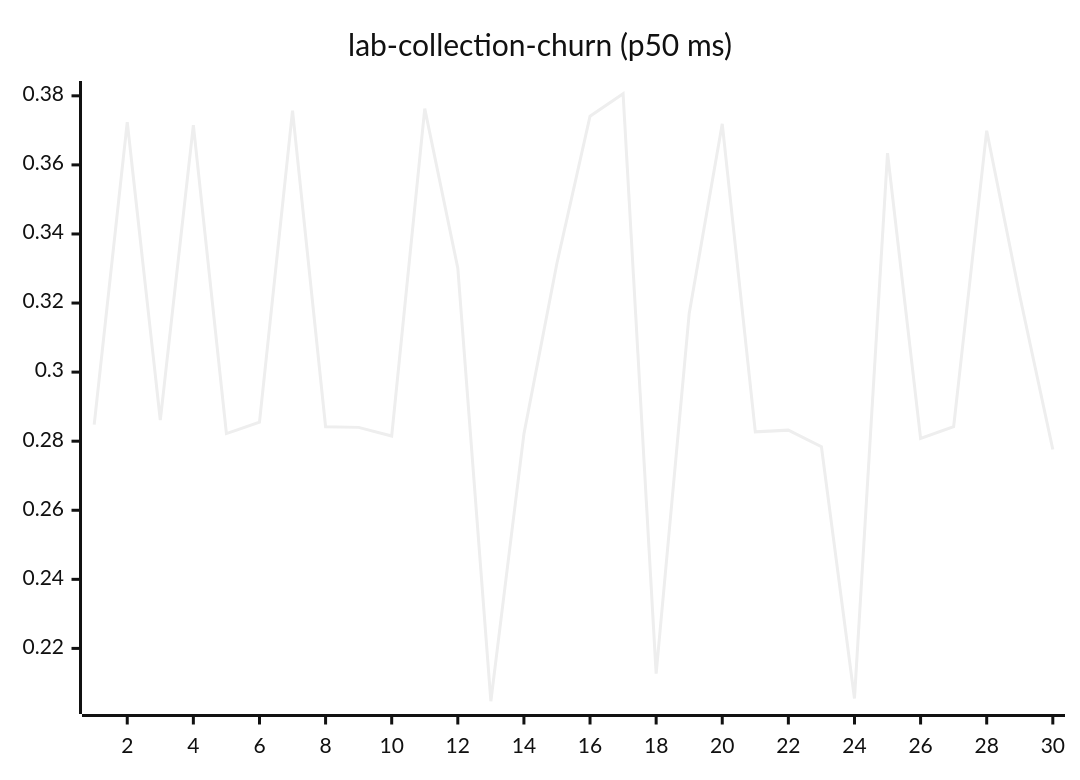
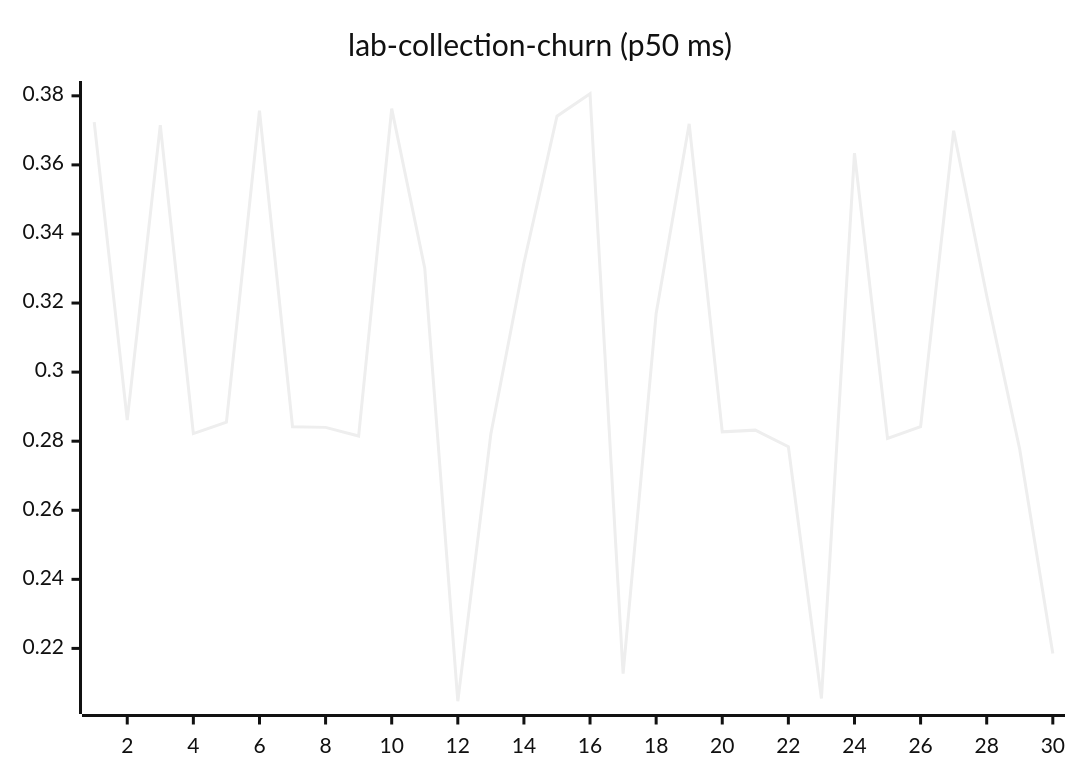
Diagram 11 of 27 in README.md (josha/Facet), drawn with Mermaid (neutral theme) before and after one commit. The commit also changed other lines of this file and 2 other files, not shown here.

````diff
--- a/README.md
+++ b/README.md
@@ -133,6 +133,6 @@
 ```mermaid
 xychart-beta
     title "lab-collection-churn (p50 ms)"
     x-axis 1 --> 30
-    line [0.2848, 0.3724, 0.2861, 0.3715, 0.2822, 0.2855, 0.3757, 0.2842, 0.2840, 0.2815, 0.3763, 0.3301, 0.2047, 0.2821, 0.3316, 0.3741, 0.3806, 0.2127, 0.3170, 0.3719, 0.2827, 0.2832, 0.2784, 0.2055, 0.3634, 0.2808, 0.2842, 0.3699, 0.3221, 0.2776]
+    line [0.3724, 0.2861, 0.3715, 0.2822, 0.2855, 0.3757, 0.2842, 0.2840, 0.2815, 0.3763, 0.3301, 0.2047, 0.2821, 0.3316, 0.3741, 0.3806, 0.2127, 0.3170, 0.3719, 0.2827, 0.2832, 0.2784, 0.2055, 0.3634, 0.2808, 0.2842, 0.3699, 0.3221, 0.2776, 0.2185]
 ```
````
